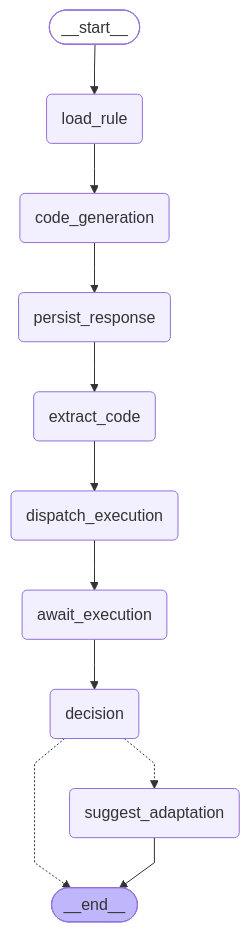
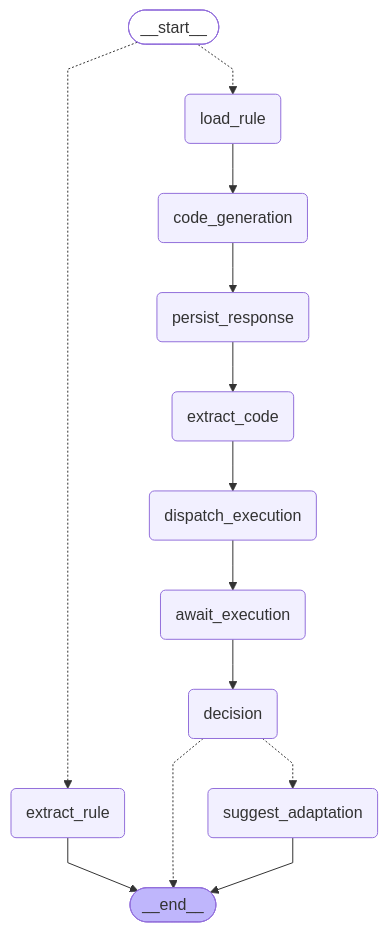
One commit to Titus-System/synapse changed the diagram in codegen/docs/graph.md. Above: the diagram before and after it, drawn with Mermaid. The commit also changed 16 other files, not shown here.

First line of the commit message:
T-204 - Criar o nó extract_rule e publicar a regra extraída

````diff
--- a/codegen/docs/graph.md
+++ b/codegen/docs/graph.md
@@ -5,31 +5,34 @@
 ```mermaid
 ---
 config:
   flowchart:
     curve: linear
 ---
 graph TD;
 	__start__([<p>__start__</p>]):::first
 	load_rule(load_rule)
+	extract_rule(extract_rule)
 	code_generation(code_generation)
 	persist_response(persist_response)
 	extract_code(extract_code)
 	dispatch_execution(dispatch_execution)
 	await_execution(await_execution)
 	decision(decision)
 	suggest_adaptation(suggest_adaptation)
 	__end__([<p>__end__</p>]):::last
-	__start__ --> load_rule;
+	__start__ -.-> extract_rule;
+	__start__ -.-> load_rule;
 	await_execution --> decision;
 	code_generation --> persist_response;
 	decision -.-> __end__;
 	decision -.-> suggest_adaptation;
 	dispatch_execution --> await_execution;
 	extract_code --> dispatch_execution;
 	load_rule --> code_generation;
 	persist_response --> extract_code;
+	extract_rule --> __end__;
 	suggest_adaptation --> __end__;
 	classDef default fill:#f2f0ff,line-height:1.2
 	classDef first fill-opacity:0
 	classDef last fill:#bfb6fc
 ```
````
